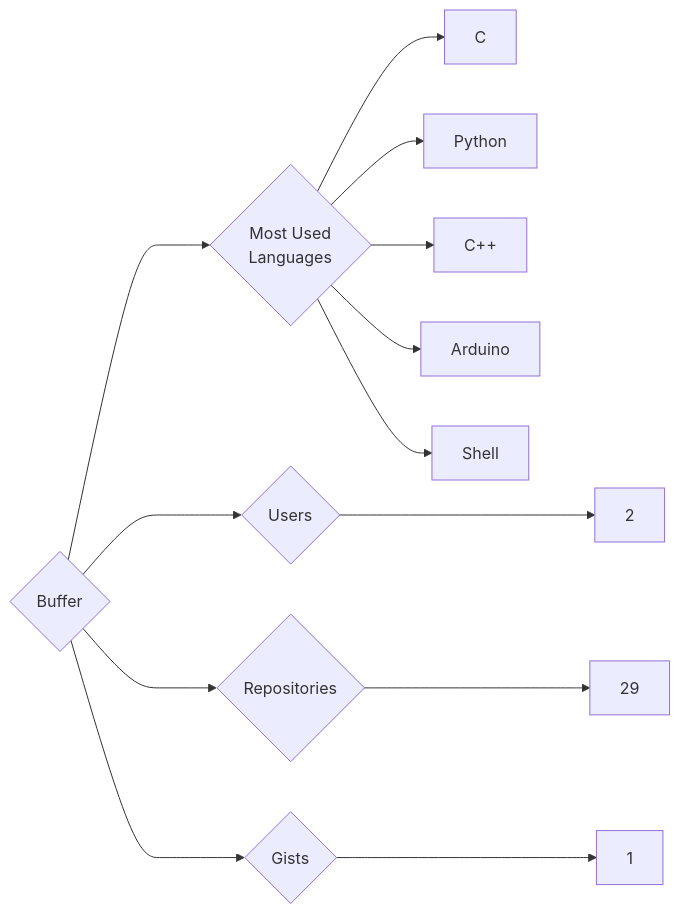
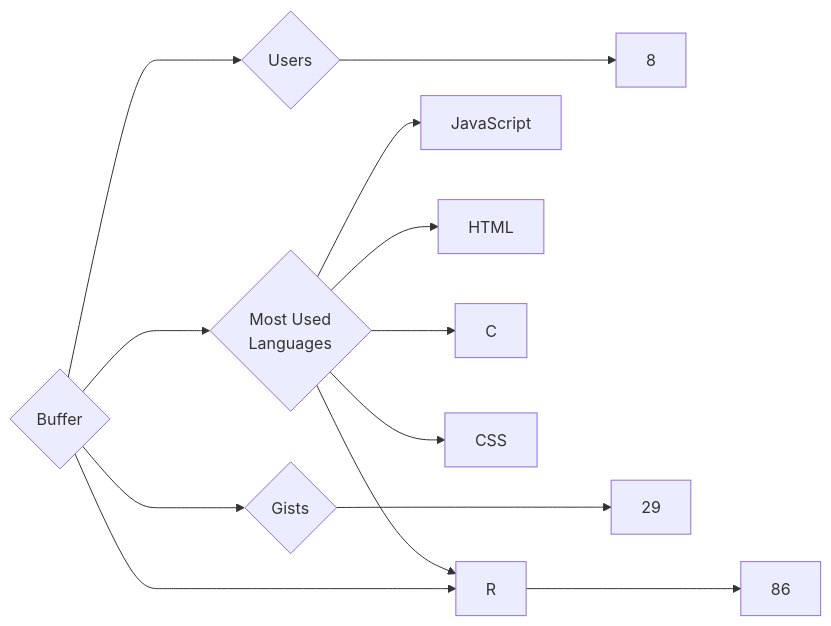
Before and after one commit to trickest/insiders: the diagram in targets/Buffer/README.md, drawn with Mermaid. The commit also changed 826 other files, not shown here.

````diff
--- a/targets/Buffer/README.md
+++ b/targets/Buffer/README.md
@@ -3,13 +3,13 @@
 ```mermaid
 graph LR
 COMPANY_NAME{Buffer}
-COMPANY_NAME ---> U{Users} ---> UN[2]
-COMPANY_NAME ---> R{Repositories} ---> RN[29]
-COMPANY_NAME ---> G{Gists} ---> GN[1]
+COMPANY_NAME ---> U{Users} ---> UN[8]
+COMPANY_NAME ---> R{Repositories} ---> RN[86]
+COMPANY_NAME ---> G{Gists} ---> GN[29]
 COMPANY_NAME ---> ML{Most Used<br>Languages}
+ML --> JavaScript[JavaScript]
+ML --> HTML[HTML]
+ML --> R[R]
 ML --> C[C]
-ML --> Python[Python]
-ML --> C++[C++]
-ML --> Arduino[Arduino]
-ML --> Shell[Shell]
+ML --> CSS[CSS]
 ```
````
